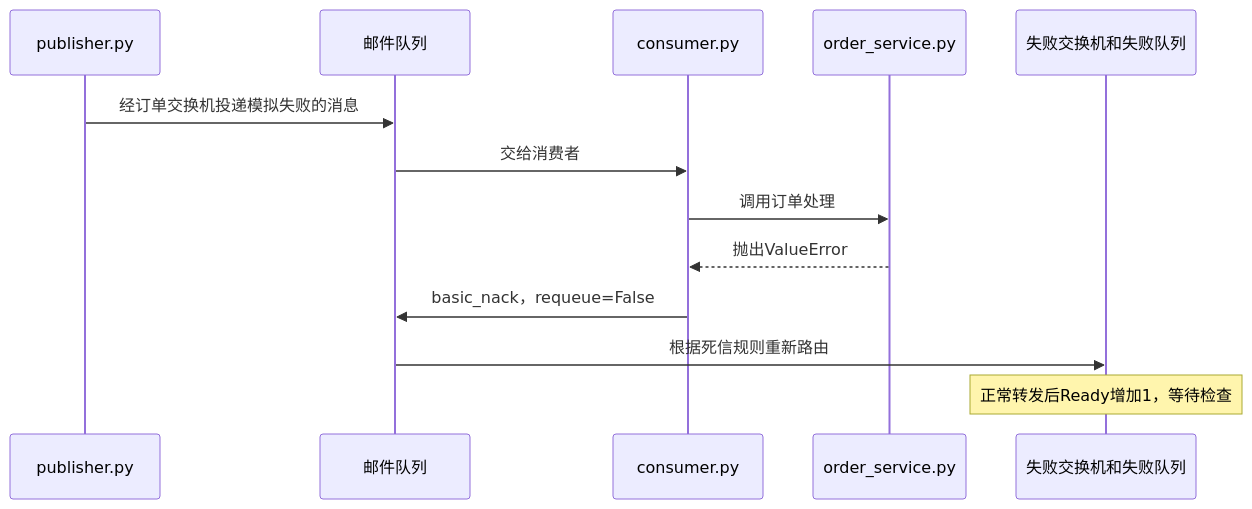
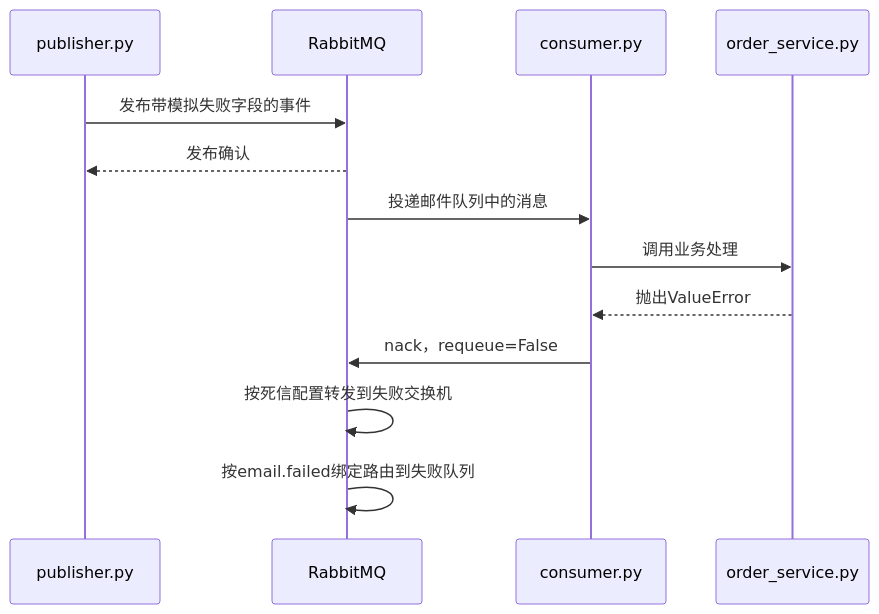
Before and after one commit to tianshiyang/ai-lab: the ninth of 13 diagrams in rabbitMQ学习/README.md, drawn with Mermaid. The commit also changed other lines of this file and 2 other files, not shown here.

Commit message:
refactor(rabbitMQ学习): 移除集中资源常量，名称内联到调用处

````diff
--- a/rabbitMQ学习/README.md
+++ b/rabbitMQ学习/README.md
@@ -828,15 +719,15 @@
 ```mermaid
 sequenceDiagram
     participant P as publisher.py
-    participant Q as 邮件队列
+    participant R as RabbitMQ
     participant C as consumer.py
     participant S as order_service.py
-    participant D as 失败交换机和失败队列
-    P->>Q: 经订单交换机投递模拟失败的消息
-    Q->>C: 交给消费者
-    C->>S: 调用订单处理
+    P->>R: 发布带模拟失败字段的事件
+    R-->>P: 发布确认
+    R->>C: 投递邮件队列中的消息
+    C->>S: 调用业务处理
     S-->>C: 抛出ValueError
-    C->>Q: basic_nack，requeue=False
-    Q->>D: 根据死信规则重新路由
-    Note over D: 正常转发后Ready增加1，等待检查
+    C->>R: nack，requeue=False
+    R->>R: 按死信配置转发到失败交换机
+    R->>R: 按email.failed绑定路由到失败队列
 ```
````
